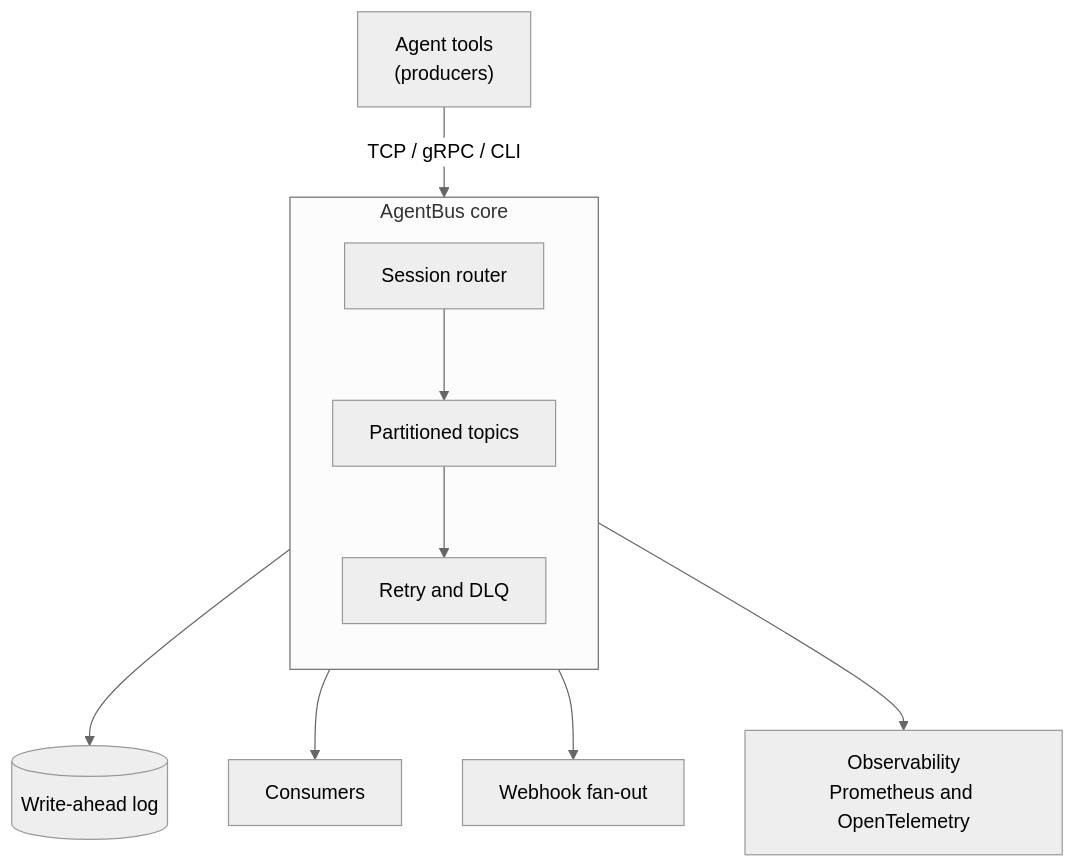
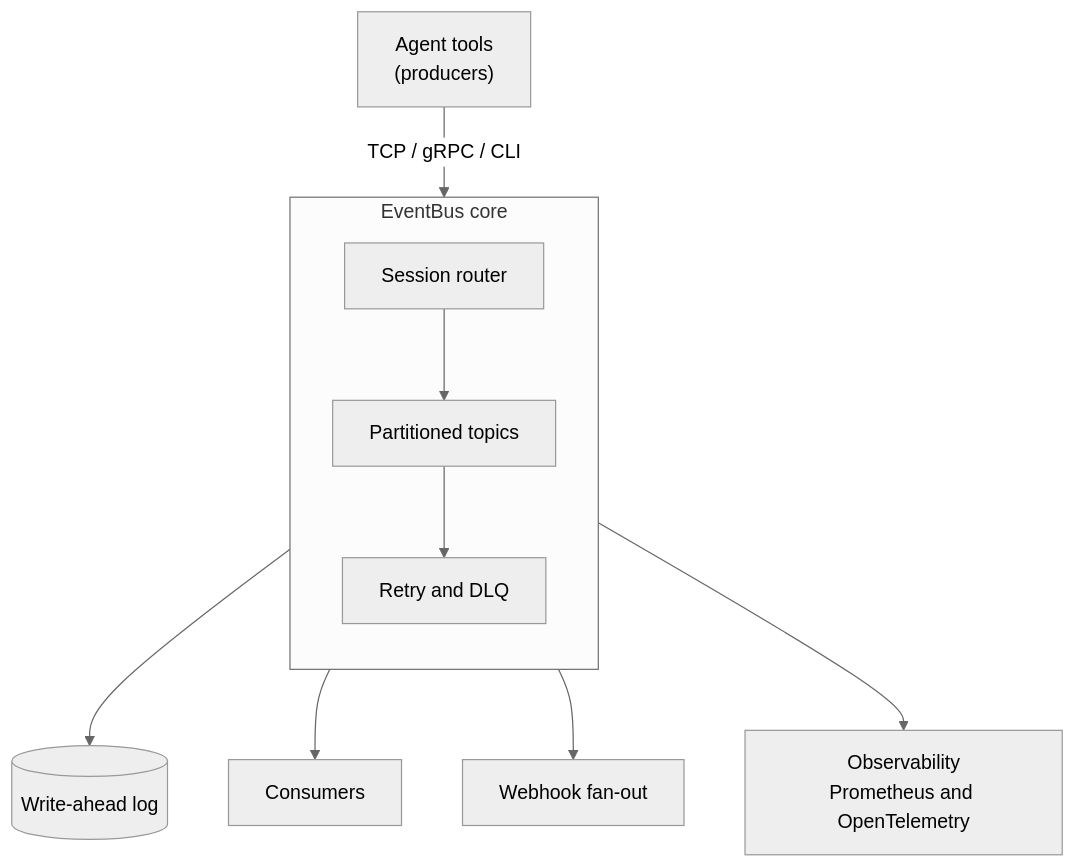
The diagram in docs/index.md (khangpt2k6/AgentBus), drawn with Mermaid before and after one commit. The commit also changed other lines of this file and 107 other files, not shown here.

First line of the commit message:
rename project AgentBus -> EventBus, simplify readme banner

````diff
--- a/docs/index.md
+++ b/docs/index.md
@@ -137,14 +137,14 @@
 ```mermaid
 %%{init: {"theme": "neutral"}}%%
 flowchart TB
     P["Agent tools<br/>(producers)"] -->|TCP / gRPC / CLI| R
-    subgraph CORE["AgentBus core"]
+    subgraph CORE["EventBus core"]
         direction TB
         R["Session router"] --> T["Partitioned topics"]
         T --> RD["Retry and DLQ"]
     end
     T --> W[("Write-ahead log")]
     T --> C["Consumers"]
     T --> H["Webhook fan-out"]
     CORE --> O["Observability<br/>Prometheus and OpenTelemetry"]
 ```
````
